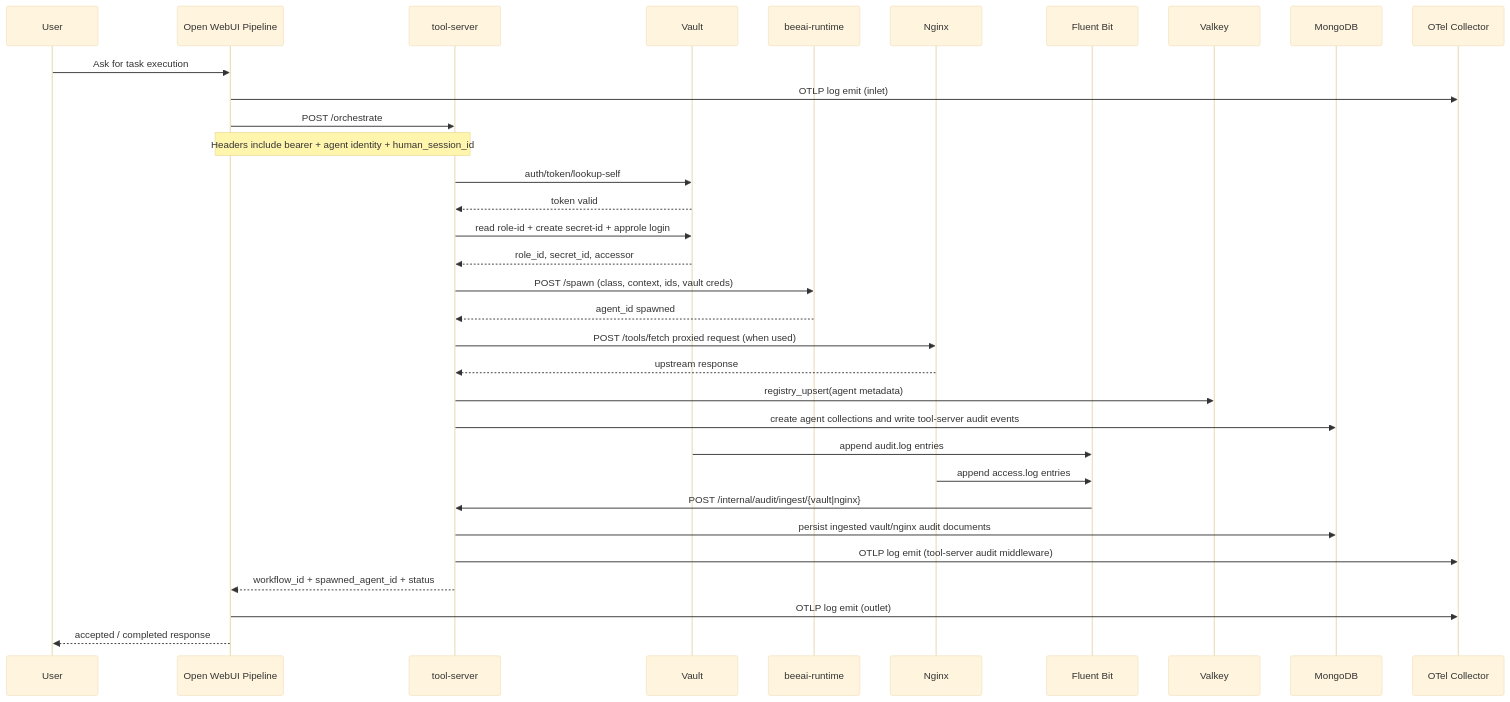
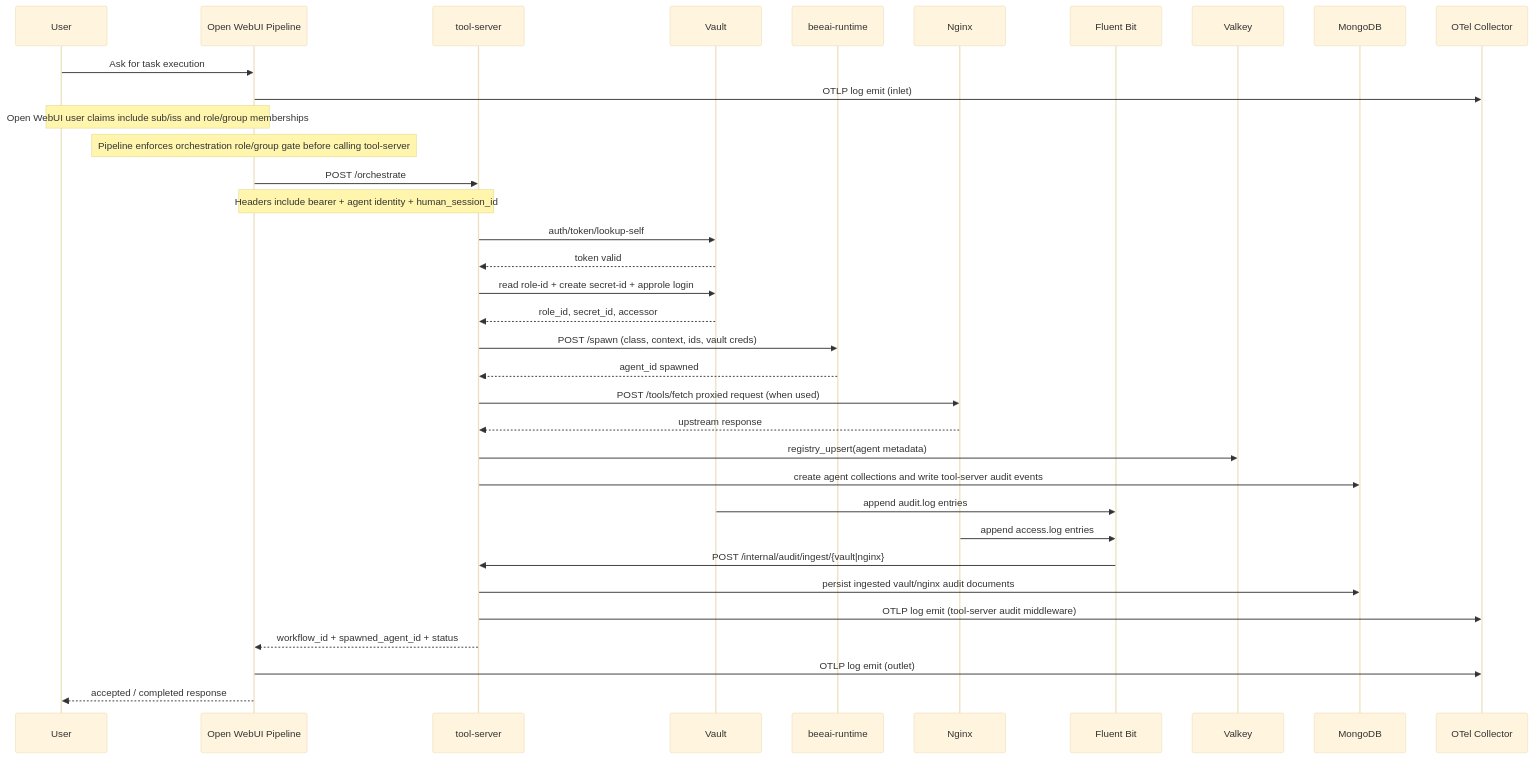
Before and after one commit to McIndi/project-garrison: the first of 2 diagrams in docs/request-flow.md, drawn with Mermaid (base theme). The commit also changed other lines of this file and 5 other files, not shown here.

Commit message:
feat: implement claim-based orchestration authorization in Open WebUI; update pipeline logic and tests for user role/group validation

````diff
--- a/docs/request-flow.md
+++ b/docs/request-flow.md
@@ -5,42 +5,44 @@
 ```mermaid
 sequenceDiagram
     participant User
     participant OW as Open WebUI Pipeline
     participant TS as tool-server
     participant VA as Vault
     participant BR as beeai-runtime
     participant NX as Nginx
     participant FB as Fluent Bit
     participant VK as Valkey
     participant MG as MongoDB
     participant OT as OTel Collector
 
     User->>OW: Ask for task execution
     OW->>OT: OTLP log emit (inlet)
+    Note over User,OW: Open WebUI user claims include sub/iss and role/group memberships
+    Note over OW: Pipeline enforces orchestration role/group gate before calling tool-server
     OW->>TS: POST /orchestrate
     Note over OW,TS: Headers include bearer + agent identity + human_session_id
 
     TS->>VA: auth/token/lookup-self
     VA-->>TS: token valid
 
     TS->>VA: read role-id + create secret-id + approle login
     VA-->>TS: role_id, secret_id, accessor
 
     TS->>BR: POST /spawn (class, context, ids, vault creds)
     BR-->>TS: agent_id spawned
 
     TS->>NX: POST /tools/fetch proxied request (when used)
     NX-->>TS: upstream response
 
     TS->>VK: registry_upsert(agent metadata)
     TS->>MG: create agent collections and write tool-server audit events
     VA->>FB: append audit.log entries
     NX->>FB: append access.log entries
     FB->>TS: POST /internal/audit/ingest/{vault|nginx}
     TS->>MG: persist ingested vault/nginx audit documents
     TS->>OT: OTLP log emit (tool-server audit middleware)
 
     TS-->>OW: workflow_id + spawned_agent_id + status
     OW->>OT: OTLP log emit (outlet)
     OW-->>User: accepted / completed response
 ```
````
